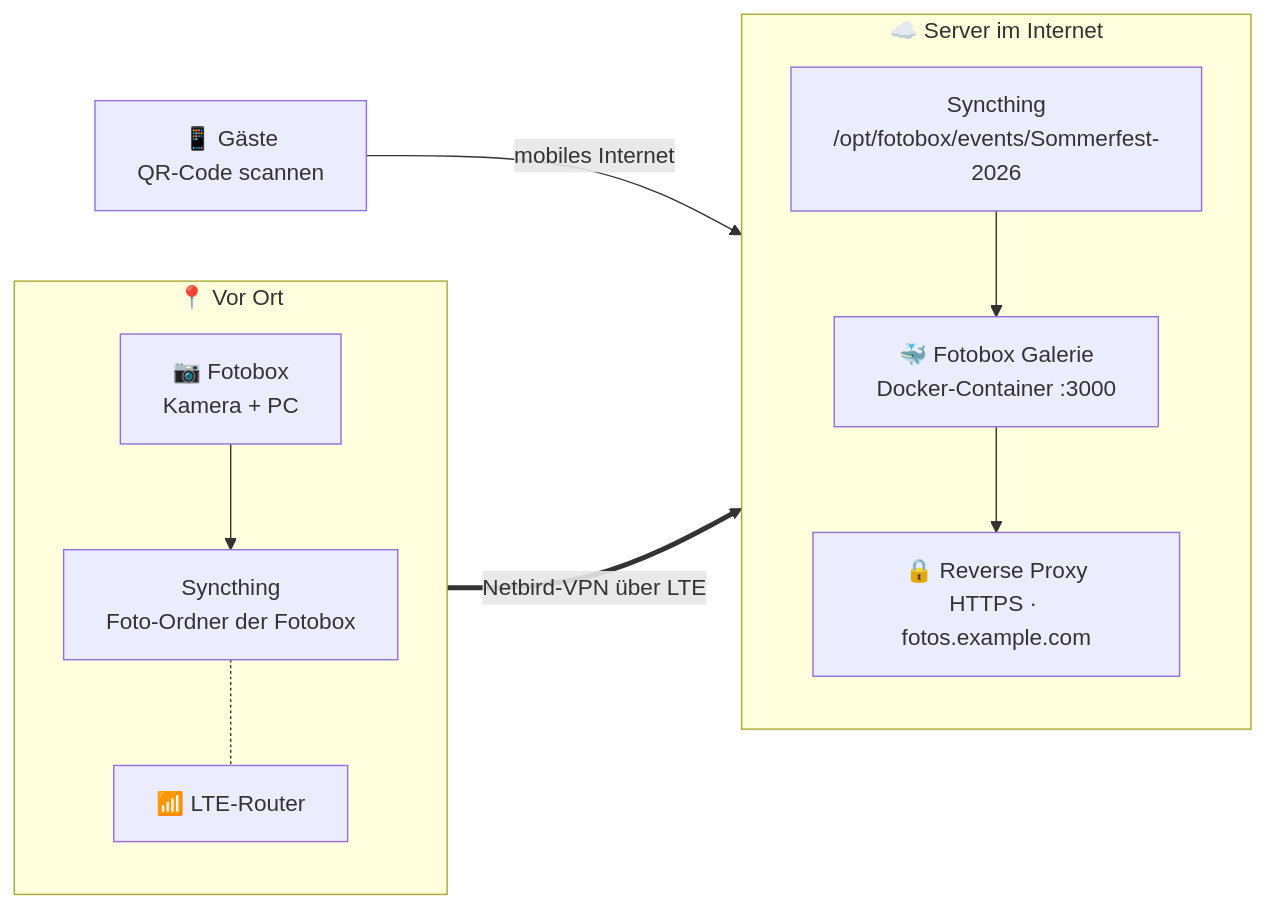
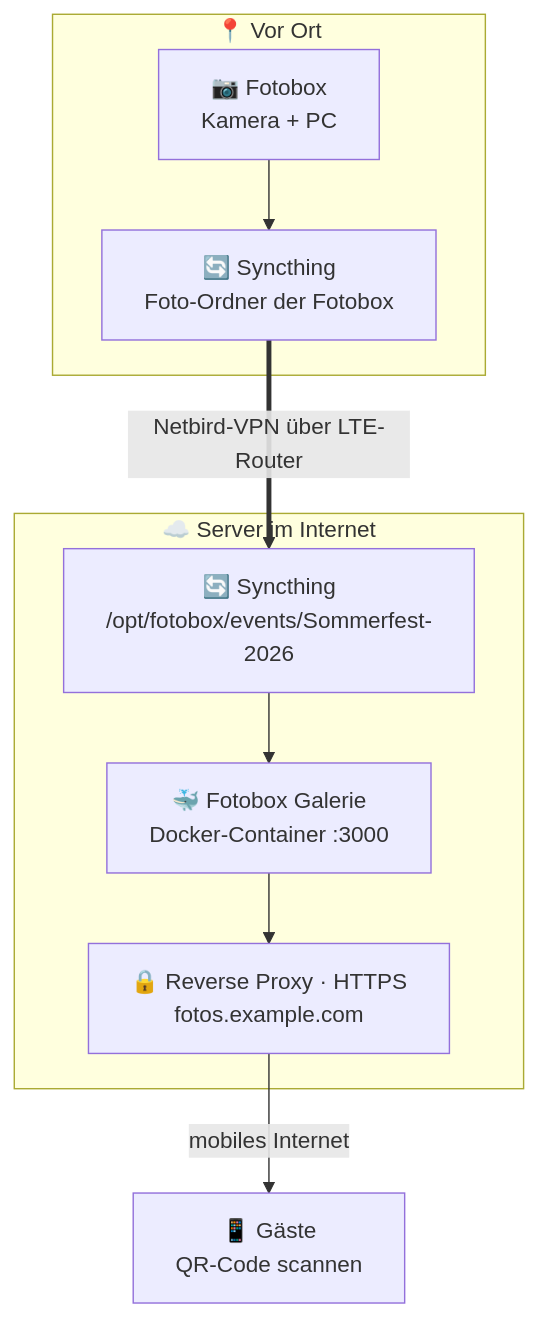
Before and after one commit to its-sven/Fotobox-Gallery-Server: the first of 2 diagrams in README.md, drawn with Mermaid. The commit also changed other lines of this file, not shown here.

Commit message:
README: Betriebsdiagramme kompakter (von oben nach unten)

````diff
--- a/README.md
+++ b/README.md
@@ -148,24 +148,14 @@
 ```mermaid
-flowchart LR
+flowchart TB
     subgraph event["📍 Vor Ort"]
-        direction TB
-        box["📷 Fotobox<br/>Kamera + PC"]
-        stA["Syncthing<br/>Foto-Ordner der Fotobox"]
-        lte["📶 LTE-Router"]
-        box --> stA
-        stA -.- lte
+        box["📷 Fotobox<br/>Kamera + PC"] --> stA["🔄 Syncthing<br/>Foto-Ordner der Fotobox"]
     end
 
     subgraph server["☁️ Server im Internet"]
-        direction TB
-        stB["Syncthing<br/>/opt/fotobox/events/Sommerfest-2026"]
-        app["🐳 Fotobox Galerie<br/>Docker-Container :3000"]
-        proxy["🔒 Reverse Proxy<br/>HTTPS · fotos.example.com"]
-        stB --> app --> proxy
+        stB["🔄 Syncthing<br/>/opt/fotobox/events/Sommerfest-2026"] --> app["🐳 Fotobox Galerie<br/>Docker-Container :3000"]
+        app --> proxy["🔒 Reverse Proxy · HTTPS<br/>fotos.example.com"]
     end
 
-    guests["📱 Gäste<br/>QR-Code scannen"]
-
-    stA == "Netbird-VPN über LTE" ==> stB
-    guests -- "mobiles Internet" --> proxy
+    stA == "Netbird-VPN über LTE-Router" ==> stB
+    proxy -- "mobiles Internet" --> guests["📱 Gäste<br/>QR-Code scannen"]
 ```
````
